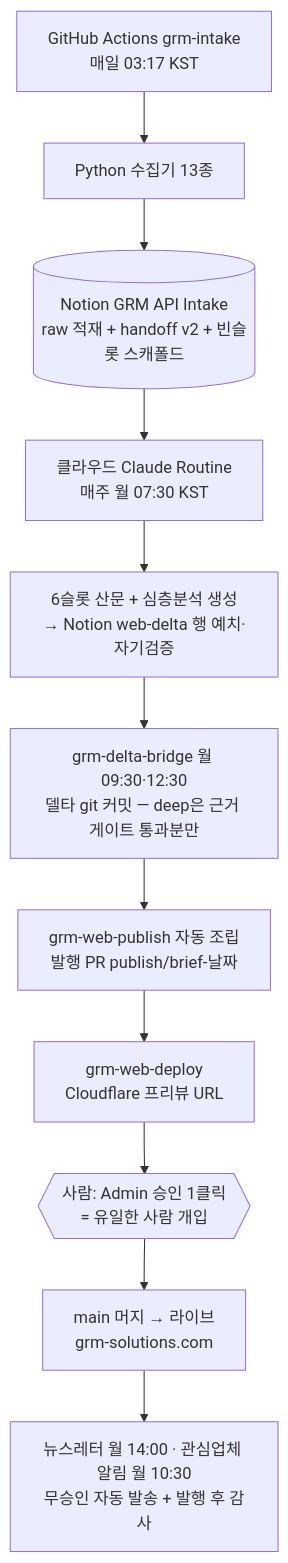
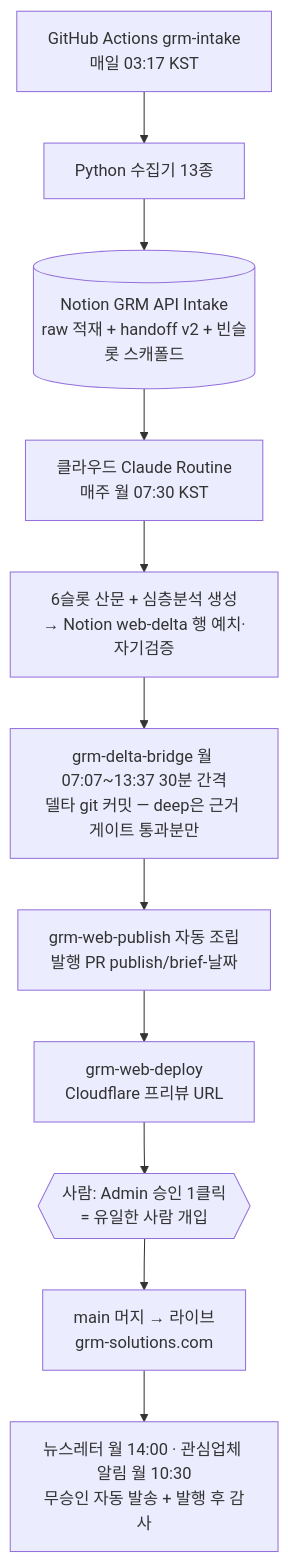
The second of 3 diagrams in GRM_SYSTEM.md (MINHOYEOM/grm-api-intake), drawn with Mermaid before and after one commit. The commit also changed other lines of this file and 1 other file, not shown here.

First line of the commit message:
docs: 크론 자가복구 반영 — GRM_SYSTEM v1.151 + 자동화지도 동기화

````diff
--- a/GRM_SYSTEM.md
+++ b/GRM_SYSTEM.md
@@ -129,13 +129,13 @@
 ```mermaid
 flowchart TD
     A[GitHub Actions grm-intake<br/>매일 03:17 KST] --> B[Python 수집기 13종]
     B --> C[(Notion GRM API Intake<br/>raw 적재 + handoff v2 + 빈슬롯 스캐폴드)]
     C --> D[클라우드 Claude Routine<br/>매주 월 07:30 KST]
     D --> E[6슬롯 산문 + 심층분석 생성<br/>→ Notion web-delta 행 예치·자기검증]
-    E --> F[grm-delta-bridge 월 09:30·12:30<br/>델타 git 커밋 — deep은 근거 게이트 통과분만]
+    E --> F[grm-delta-bridge 월 07:07~13:37 30분 간격<br/>델타 git 커밋 — deep은 근거 게이트 통과분만]
     F --> G[grm-web-publish 자동 조립<br/>발행 PR publish/brief-날짜]
     G --> H[grm-web-deploy<br/>Cloudflare 프리뷰 URL]
     H --> I{{사람: Admin 승인 1클릭<br/>= 유일한 사람 개입}}
     I --> J[main 머지 → 라이브<br/>grm-solutions.com]
     J --> K[뉴스레터 월 14:00 · 관심업체 알림 월 10:30<br/>무승인 자동 발송 + 발행 후 감사]
 ```
````
